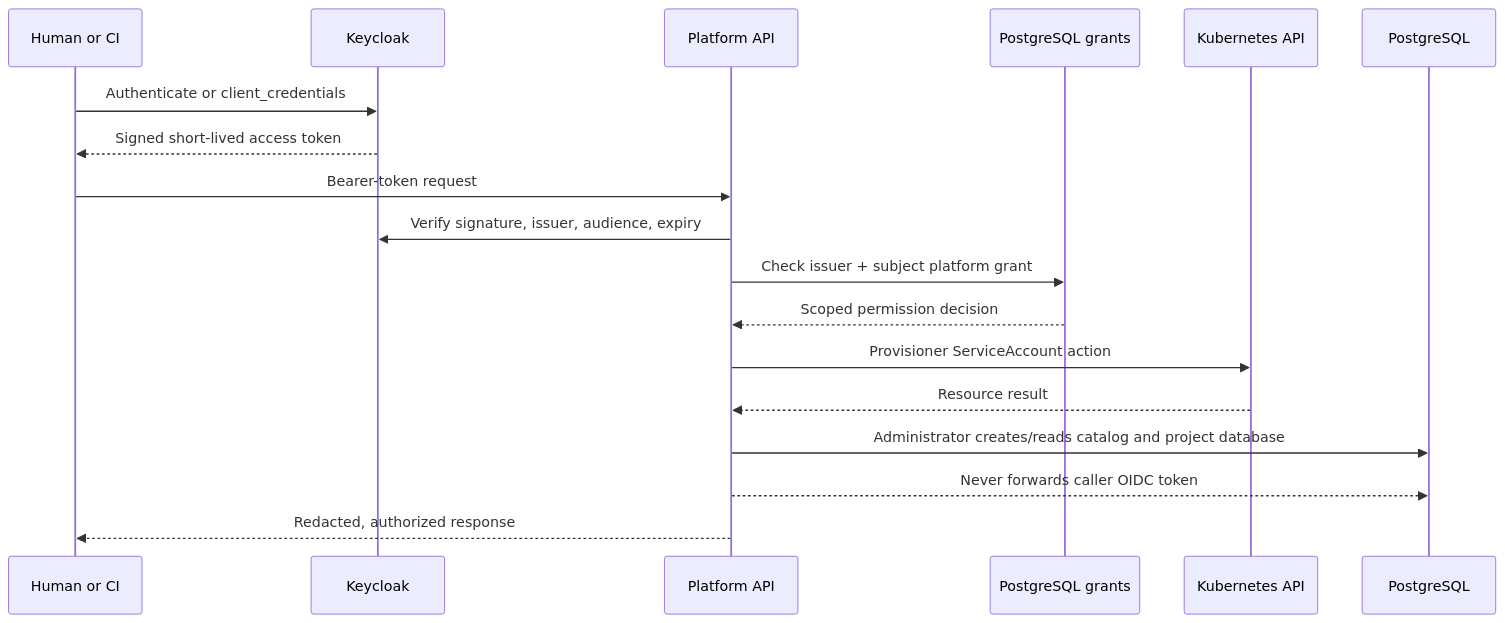
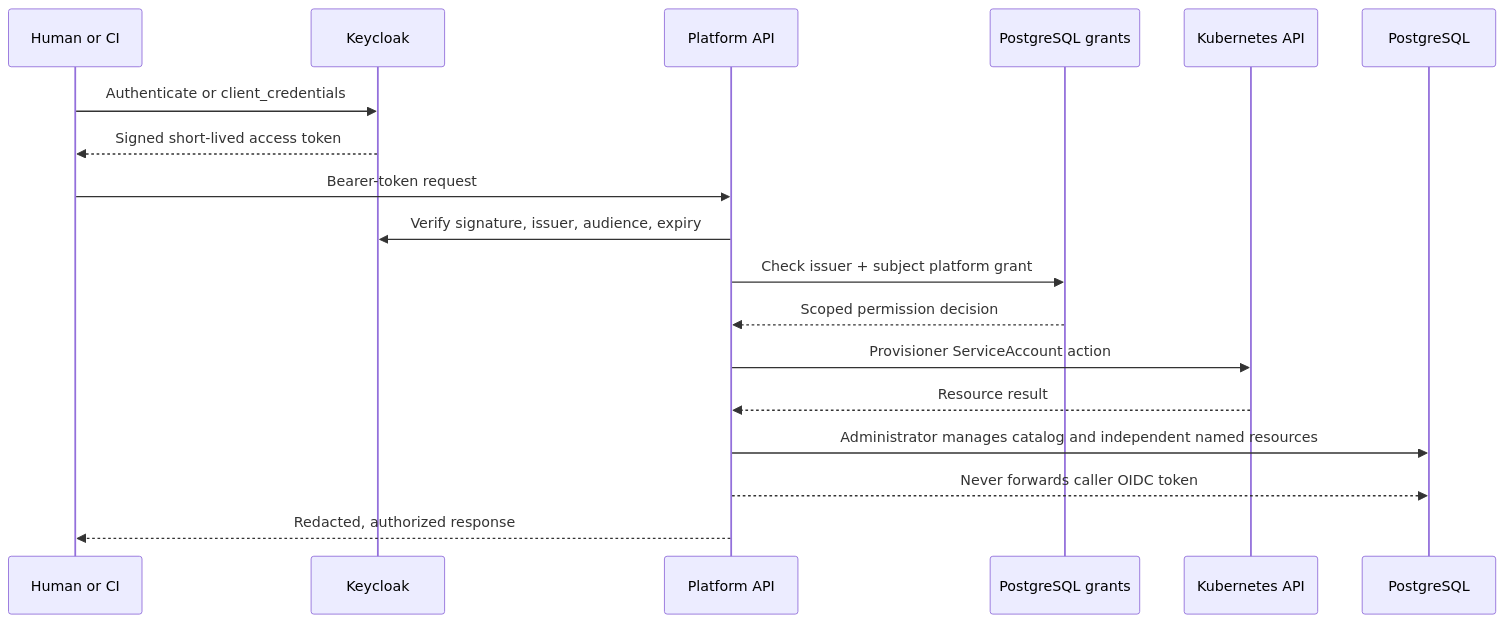
The first of 5 diagrams in docs/architecture/security-and-authorization.md (eseidinger/developer-platform), drawn with Mermaid before and after one commit. The commit also changed other lines of this file and 65 other files, not shown here.

````diff
--- a/docs/architecture/security-and-authorization.md
+++ b/docs/architecture/security-and-authorization.md
@@ -26,20 +27,20 @@
 ```mermaid
 sequenceDiagram
   participant Caller as Human or CI
   participant KC as Keycloak
   participant API as Platform API
   participant Catalog as PostgreSQL grants
   participant K8s as Kubernetes API
   participant DB as PostgreSQL
   Caller->>KC: Authenticate or client_credentials
   KC-->>Caller: Signed short-lived access token
   Caller->>API: Bearer-token request
   API->>KC: Verify signature, issuer, audience, expiry
   API->>Catalog: Check issuer + subject platform grant
   Catalog-->>API: Scoped permission decision
   API->>K8s: Provisioner ServiceAccount action
   K8s-->>API: Resource result
-  API->>DB: Administrator creates/reads catalog and project database
+  API->>DB: Administrator manages catalog and independent named resources
   API-->>DB: Never forwards caller OIDC token
   API-->>Caller: Redacted, authorized response
 ```
````
